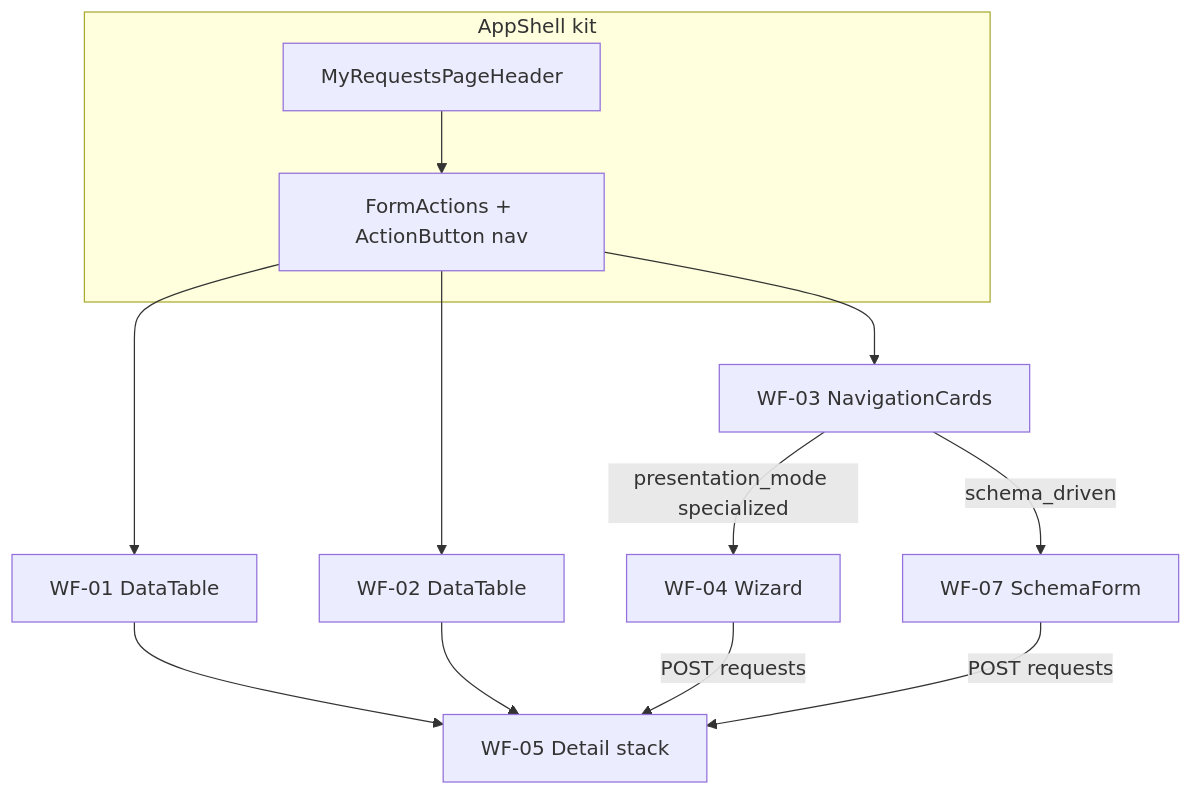
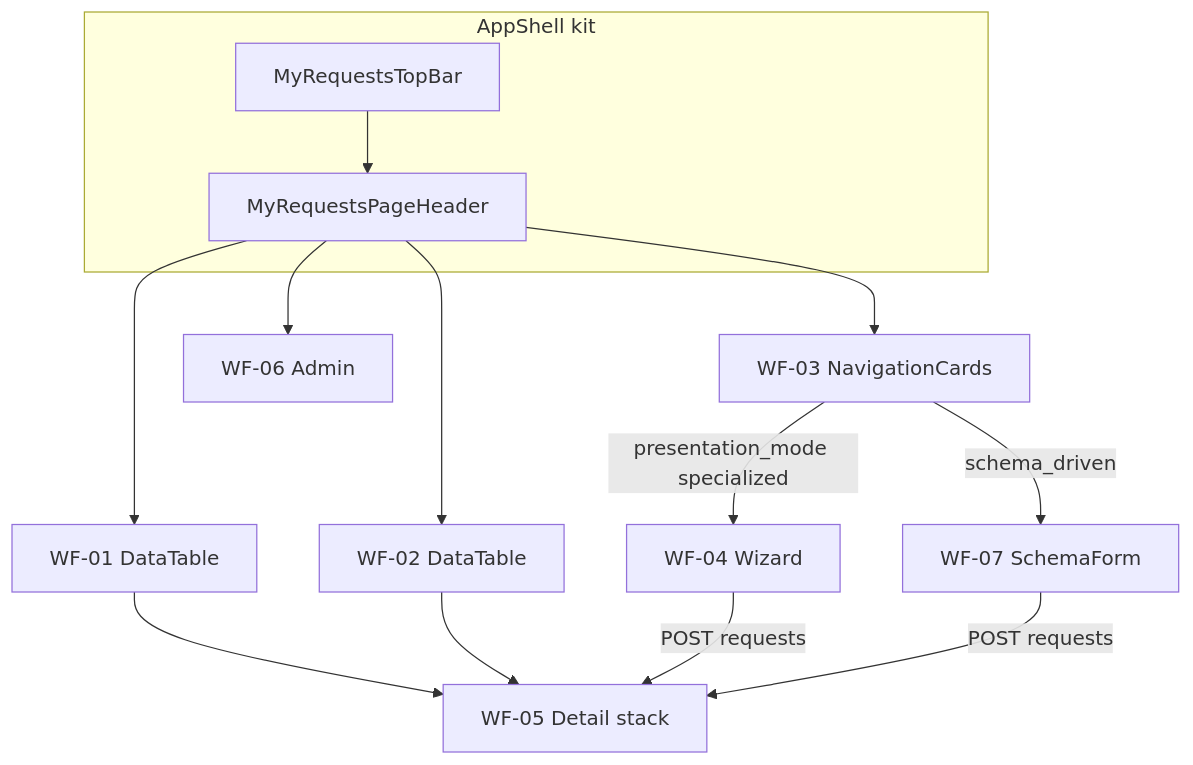
One commit to roberiooliveiradev/delpi-central changed the diagram in docs/12-roadmap-e-evolucao/my-requests/WIREFRAMES.md. Above: the diagram before and after it, drawn with Mermaid. The commit also changed other lines of this file and 4 other files, not shown here.

First line of the commit message:
docs(my-requests): sync excelencia UI TopBar PT-BR e Ajuda

````diff
--- a/docs/12-roadmap-e-evolucao/my-requests/WIREFRAMES.md
+++ b/docs/12-roadmap-e-evolucao/my-requests/WIREFRAMES.md
@@ -275,17 +276,18 @@
 ```mermaid
 flowchart TB
   subgraph shell [AppShell kit]
+    TB[MyRequestsTopBar]
     PH[MyRequestsPageHeader]
-    NAV[FormActions + ActionButton nav]
   end
-  PH --> NAV
-  NAV --> Mine[WF-01 DataTable]
-  NAV --> Queue[WF-02 DataTable]
-  NAV --> New[WF-03 NavigationCards]
+  TB --> PH
+  PH --> Mine[WF-01 DataTable]
+  PH --> Queue[WF-02 DataTable]
+  PH --> New[WF-03 NavigationCards]
+  PH --> Admin[WF-06 Admin]
   New -->|presentation_mode specialized| Wiz[WF-04 Wizard]
   New -->|schema_driven| Schema[WF-07 SchemaForm]
   Mine --> Det[WF-05 Detail stack]
   Queue --> Det
   Wiz -->|POST requests| Det
   Schema -->|POST requests| Det
 ```
````
